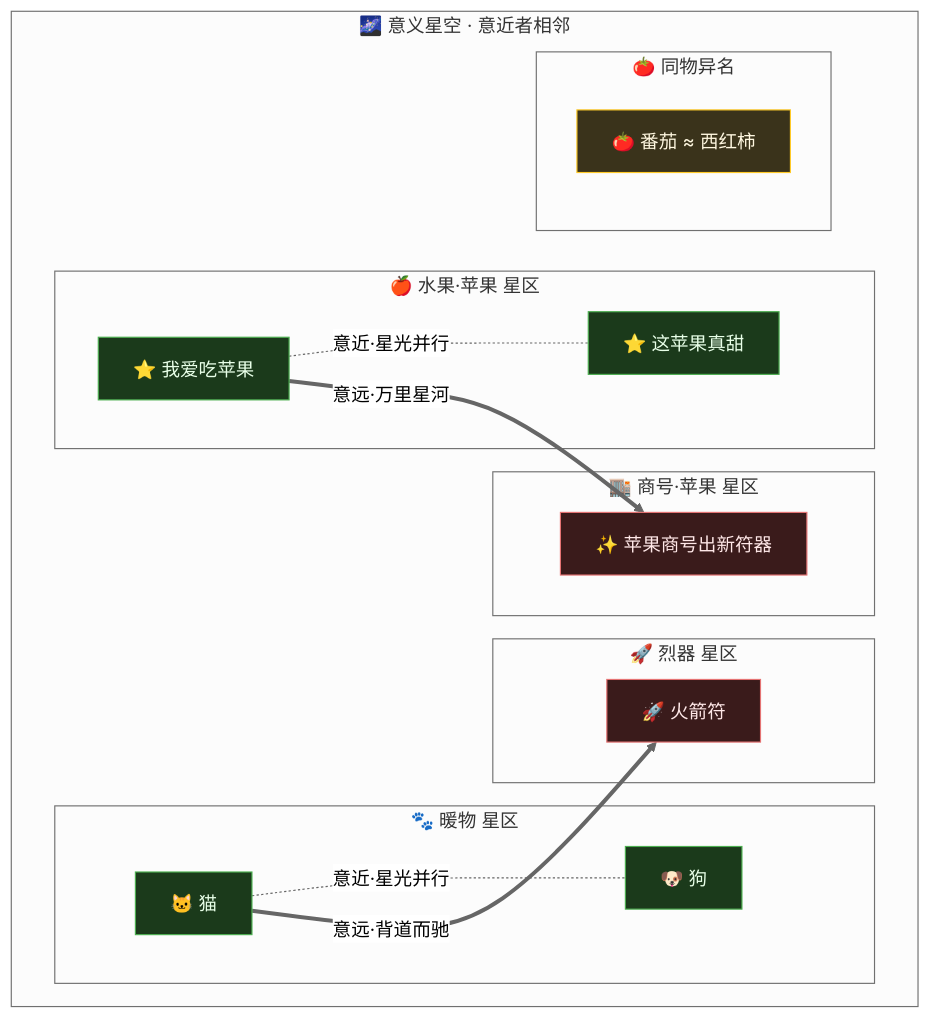
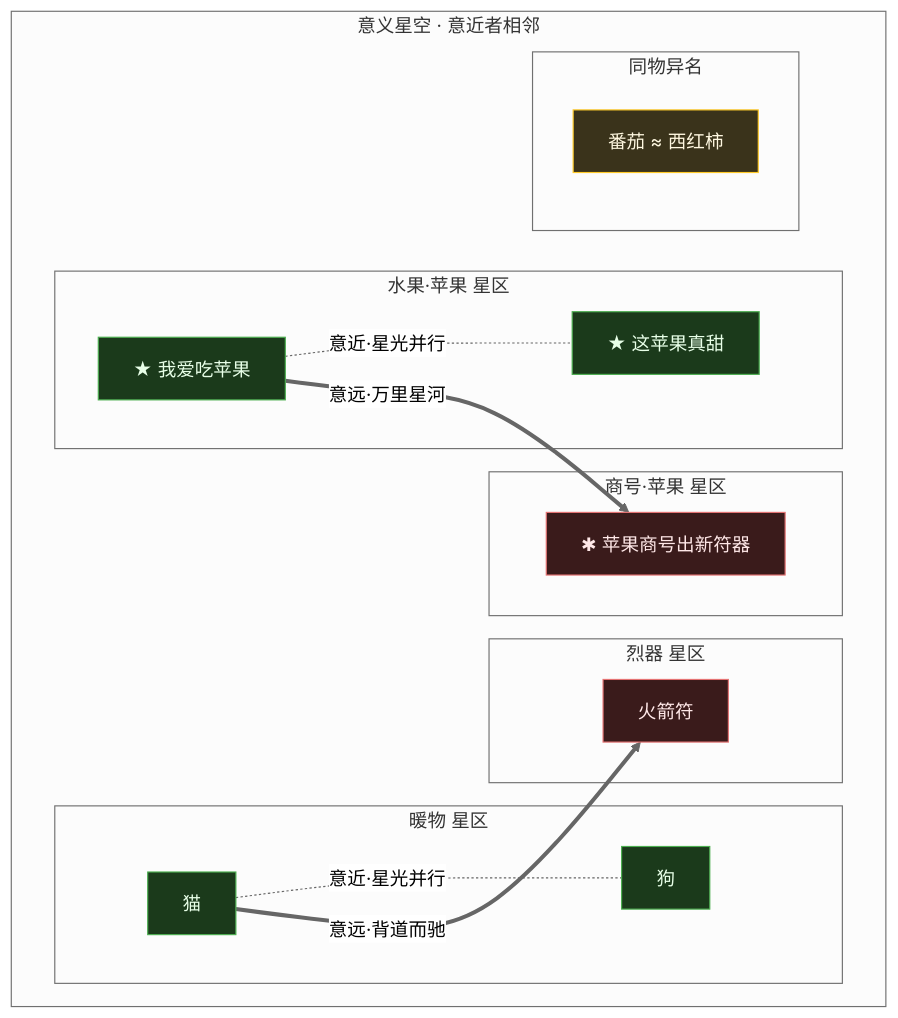
Before and after one commit to luckykhy/KhyAiHub: the diagram in docs/09_STORY_修仙学AI/STORY-炼虚/[STORY-章节-123] 第09章 炼虚·万象坐标.md, drawn with Mermaid (neutral theme). The commit also changed other lines of this file and 19 other files, not shown here.

````diff
--- a/docs/09_STORY_修仙学AI/STORY-炼虚/[STORY-章节-123] 第09章 炼虚·万象坐标.md
+++ b/docs/09_STORY_修仙学AI/STORY-炼虚/[STORY-章节-123] 第09章 炼虚·万象坐标.md
@@ -145,34 +145,34 @@
 ```mermaid
 graph TB
-    subgraph 意义星空["🌌 意义星空 · 意近者相邻"]
-        subgraph C1["🍎 水果·苹果 星区"]
-            A1["⭐ 我爱吃苹果"]
-            A2["⭐ 这苹果真甜"]
+    subgraph 意义星空["意义星空 · 意近者相邻"]
+        subgraph C1["水果·苹果 星区"]
+            A1["★ 我爱吃苹果"]
+            A2["★ 这苹果真甜"]
         end
-        subgraph C2["🏬 商号·苹果 星区"]
-            A3["✨ 苹果商号出新符器"]
+        subgraph C2["商号·苹果 星区"]
+            A3["✱ 苹果商号出新符器"]
         end
-        subgraph C3["🐾 暖物 星区"]
-            B1["🐱 猫"]
-            B2["🐶 狗"]
+        subgraph C3["暖物 星区"]
+            B1["猫"]
+            B2["狗"]
         end
-        subgraph C4["🚀 烈器 星区"]
-            R1["🚀 火箭符"]
+        subgraph C4["烈器 星区"]
+            R1["火箭符"]
         end
-        subgraph C5["🍅 同物异名"]
-            T1["🍅 番茄 ≈ 西红柿"]
+        subgraph C5["同物异名"]
+            T1["番茄 ≈ 西红柿"]
         end
     end
 
     A1 -. 意近·星光并行 .- A2
     B1 -. 意近·星光并行 .- B2
     A1 == 意远·万里星河 ==> A3
     B1 == 意远·背道而驰 ==> R1
 
     classDef near fill:#1b3a1b,stroke:#4caf50,color:#e8ffe8;
     classDef far fill:#3a1b1b,stroke:#e57373,color:#ffe8e8;
     classDef same fill:#3a331b,stroke:#ffca28,color:#fff8e1;
     class A1,A2,B1,B2 near;
     class A3,R1 far;
     class T1 same;
 ```
````
